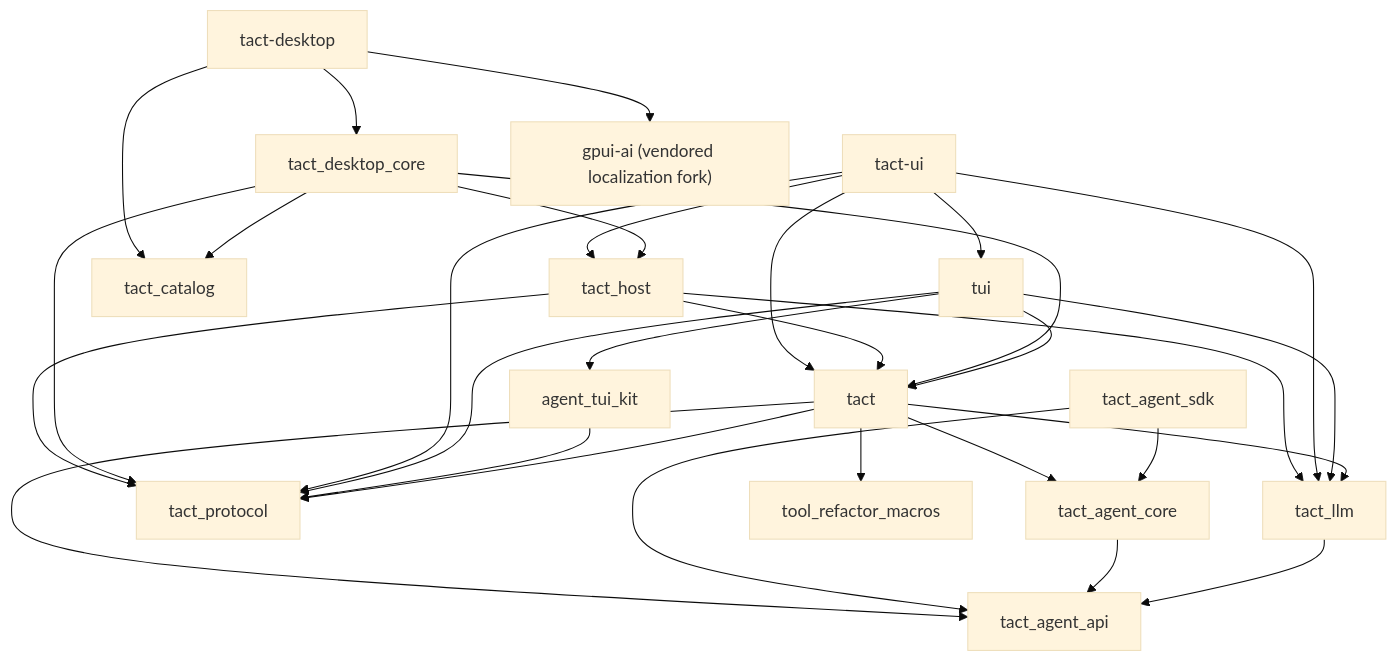
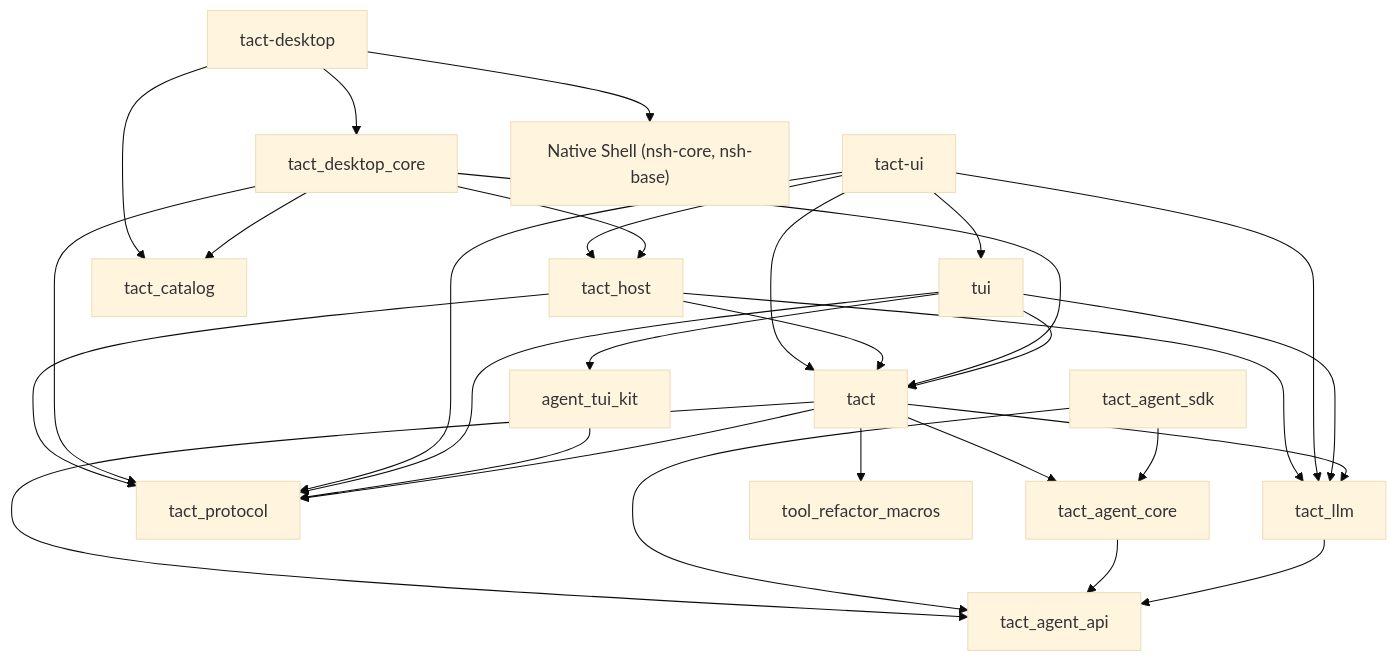
Before and after one commit to rust-infra/tact: the first of 10 diagrams in ARCHITECTURE.md, drawn with Mermaid (base theme). The commit also changed other lines of this file and 201 other files, not shown here.

First line of the commit message:
feat(desktop): replace the GPUI shell with Native Shell

````diff
--- a/ARCHITECTURE.md
+++ b/ARCHITECTURE.md
@@ -32,32 +32,32 @@
 ```mermaid
 flowchart TB
     tact_ui["tact-ui"] --> tact
     tact_ui --> tact_host["tact_host"]
     tact_host --> tact
     tact_host --> tact_llm
     tact_host --> tact_protocol
     tact_desktop["tact-desktop"] --> tact_desktop_core["tact_desktop_core"]
     tact_desktop --> tact_catalog
-    tact_desktop --> gpui_ai["gpui-ai (vendored localization fork)"]
+    tact_desktop --> nsh["Native Shell (nsh-core, nsh-base)"]
     tact_desktop_core --> tact_host
     tact_desktop_core --> tact_catalog
     tact_desktop_core --> tact_protocol
     tact_desktop_core --> tact
     tact_ui --> tui
     tact_ui --> tact_llm
     tact_ui --> tact_protocol
     tui --> agent_tui_kit
     tui --> tact
     tui --> tact_llm
     tui --> tact_protocol
     agent_tui_kit --> tact_protocol
     tact --> tact_agent_api["tact_agent_api"]
     tact --> tact_agent_core["tact_agent_core"]
     tact --> tact_llm
     tact --> tact_protocol
     tact --> tool_refactor_macros
     tact_agent_sdk["tact_agent_sdk"] --> tact_agent_api["tact_agent_api"]
     tact_agent_sdk --> tact_agent_core["tact_agent_core"]
     tact_agent_core --> tact_agent_api
     tact_llm --> tact_agent_api
 ```
````
